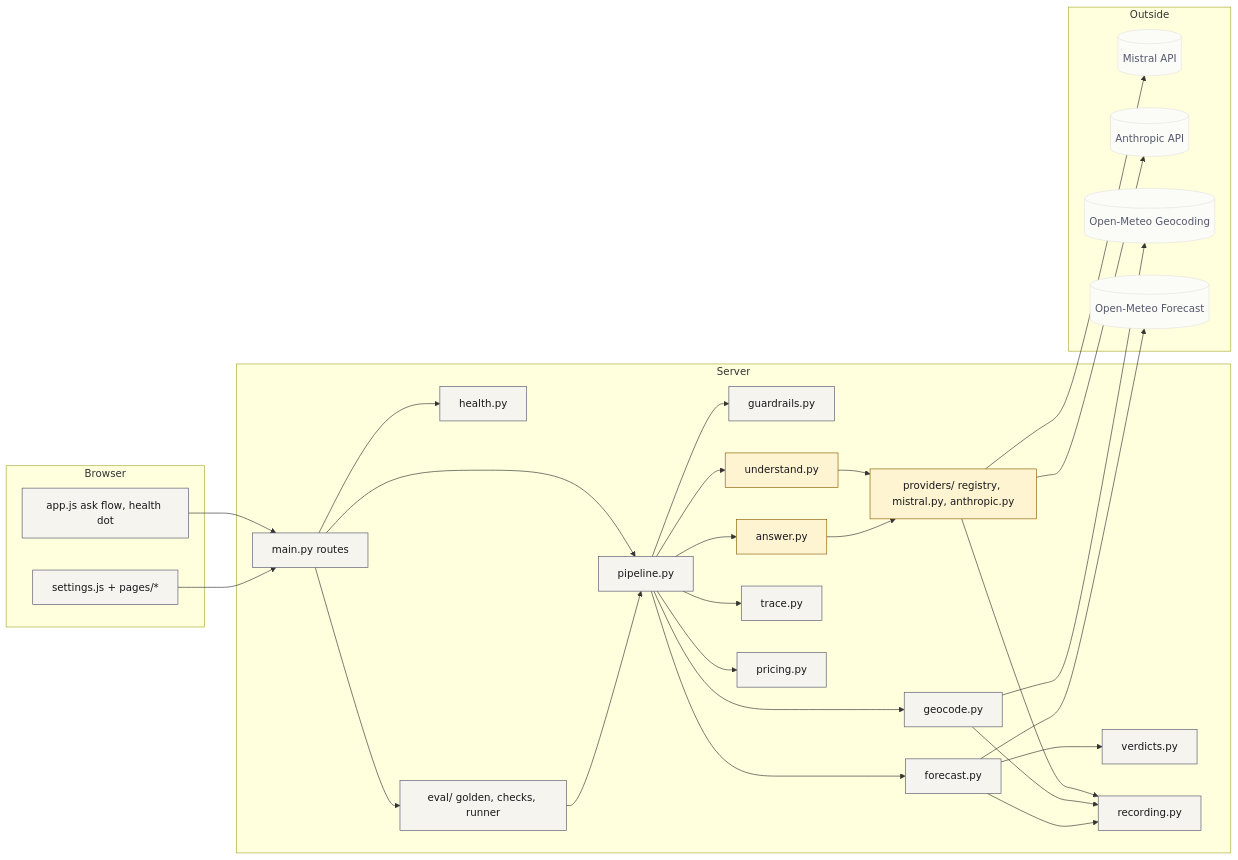
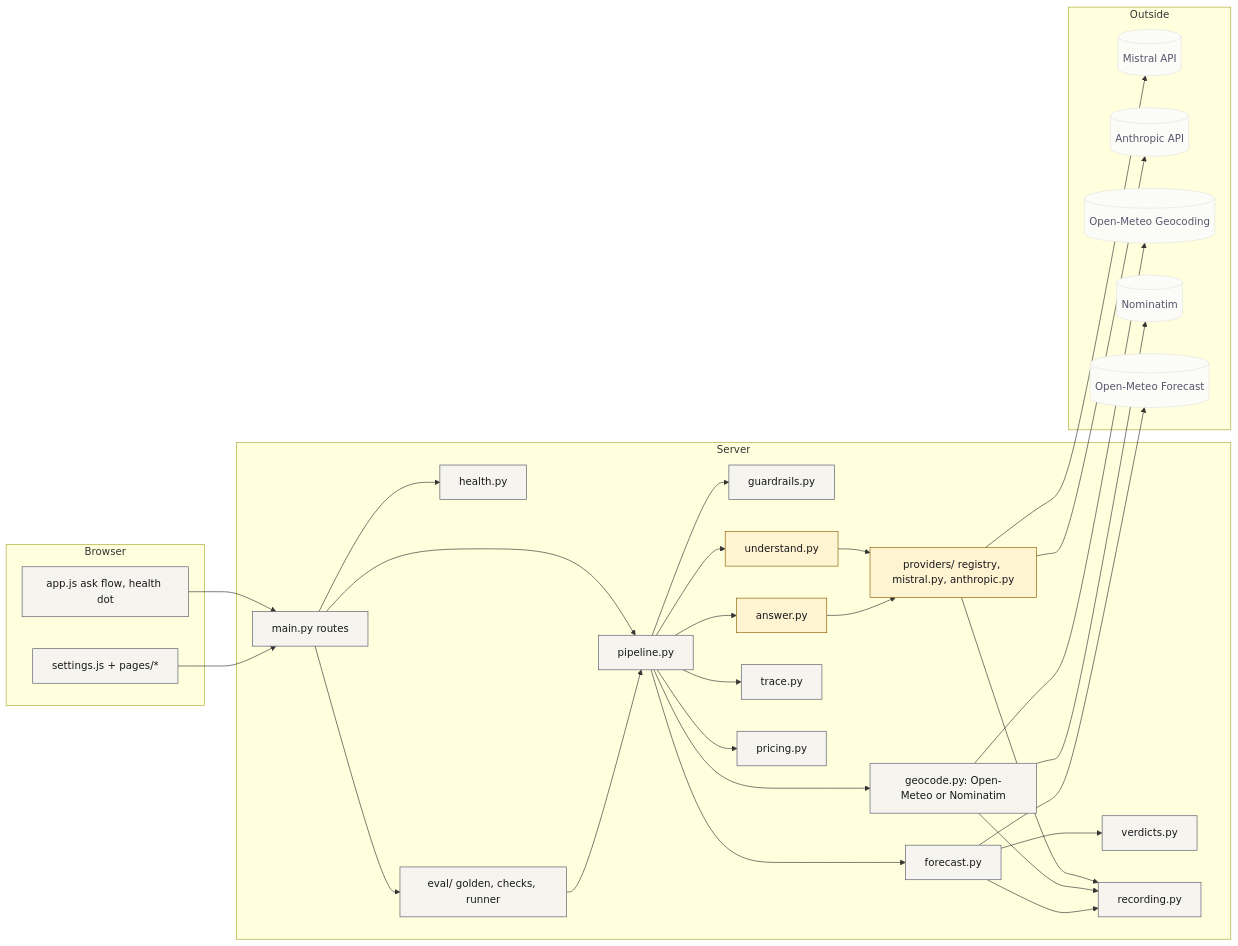
One commit to ppleeuw/weather-agent changed the second of 2 diagrams in docs/ARCHITECTURE.md. Above: the diagram before and after it, drawn with Mermaid. The commit also changed other lines of this file and 6 other files, not shown here.

````diff
--- a/docs/ARCHITECTURE.md
+++ b/docs/ARCHITECTURE.md
@@ -59,54 +59,56 @@
 ```mermaid
 flowchart LR
     subgraph Browser
         app[app.js ask flow, health dot]
         settings[settings.js + pages/*]
     end
     subgraph Server
         main[main.py routes]
         pipeline[pipeline.py]
         guardrails[guardrails.py]
         understand[understand.py]
-        geocode[geocode.py]
+        geocode[geocode.py: Open-Meteo or Nominatim]
         forecast[forecast.py]
         verdicts[verdicts.py]
         answer[answer.py]
         providers[providers/ registry, mistral.py, anthropic.py]
         recording[recording.py]
         trace[trace.py]
         pricing[pricing.py]
         health[health.py]
         eval[eval/ golden, checks, runner]
     end
     subgraph Outside
         mistral[(Mistral API)]
         anthropic[(Anthropic API)]
         geo[(Open-Meteo Geocoding)]
+        osm[(Nominatim)]
         fc[(Open-Meteo Forecast)]
     end
 
     app --> main --> pipeline
     settings --> main
     pipeline --> guardrails
     pipeline --> understand --> providers
     pipeline --> geocode --> geo
+    geocode --> osm
     pipeline --> forecast --> fc
     forecast --> verdicts
     pipeline --> answer --> providers
     providers --> mistral
     providers --> anthropic
     providers --> recording
     geocode --> recording
     forecast --> recording
     pipeline --> trace
     pipeline --> pricing
     main --> health
     main --> eval --> pipeline
 
     classDef model fill:#fff4d2,stroke:#8a5e00,color:#18181b;
     classDef code fill:#f5f4ef,stroke:#56566c,color:#18181b;
     classDef ext fill:#fbfbf8,stroke:#e4e3de,color:#56566c;
     class understand,answer,providers model;
     class app,settings,main,pipeline,guardrails,geocode,forecast,verdicts,recording,trace,pricing,health,eval code;
-    class mistral,anthropic,geo,fc ext;
+    class mistral,anthropic,geo,osm,fc ext;
 ```
````
